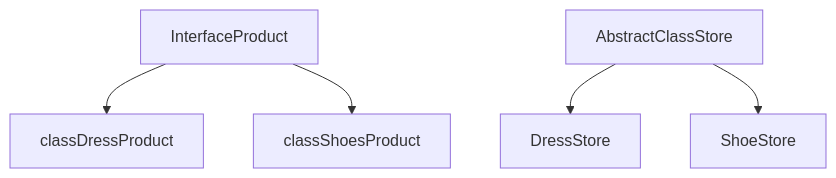
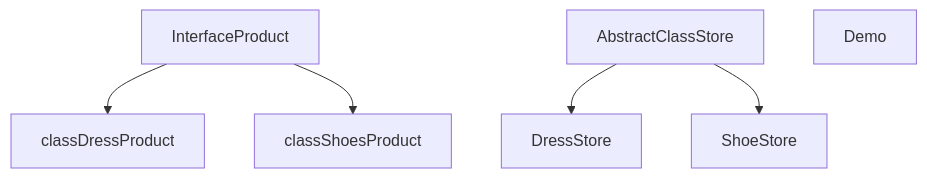
One commit to glebgalkin/design-patterns changed the diagram in README.md. Above: the diagram before and after it, drawn with Mermaid.

````diff
--- a/README.md
+++ b/README.md
@@ -5,7 +5,8 @@
 ```mermaid
 graph TD;
     InterfaceProduct-->classDressProduct;
     InterfaceProduct-->classShoesProduct;
     AbstractClassStore-->DressStore;
     AbstractClassStore-->ShoeStore;
+    Demo
 ```
````
